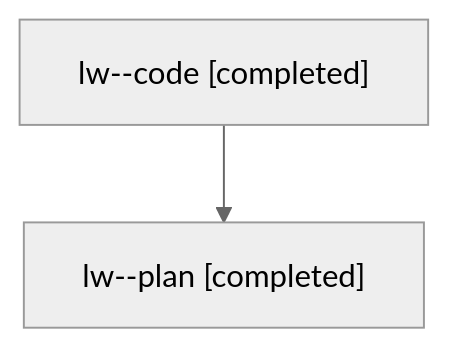
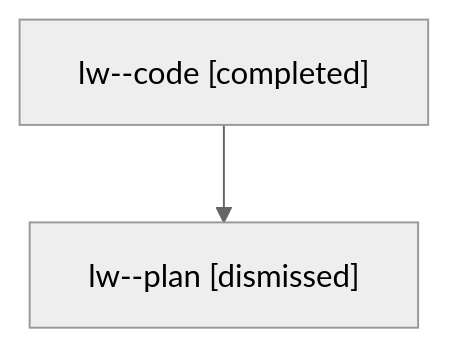
Before and after one commit to sase-org/sase--agents: the diagram in families/bbugyi200.athena.lw.md, drawn with Mermaid (neutral theme). The commit also changed other lines of this file and 8679 other files, not shown here.

````diff
--- a/families/bbugyi200.athena.lw.md
+++ b/families/bbugyi200.athena.lw.md
@@ -9,6 +9,6 @@
 ```mermaid
 flowchart TD
   n0["lw--code [completed]"]
-  n1["lw--plan [completed]"]
+  n1["lw--plan [dismissed]"]
   n0 --> n1
 ```
````
